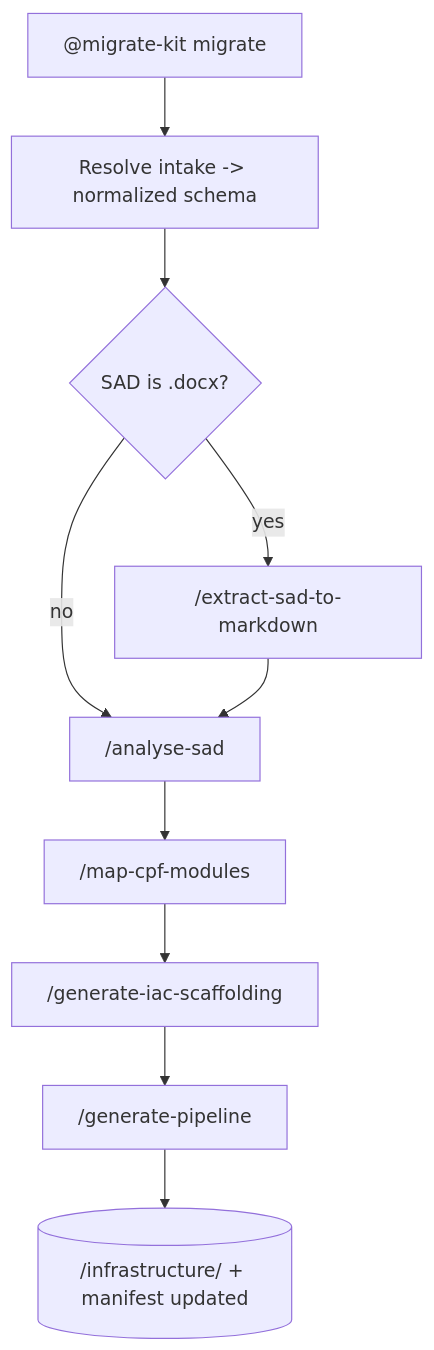
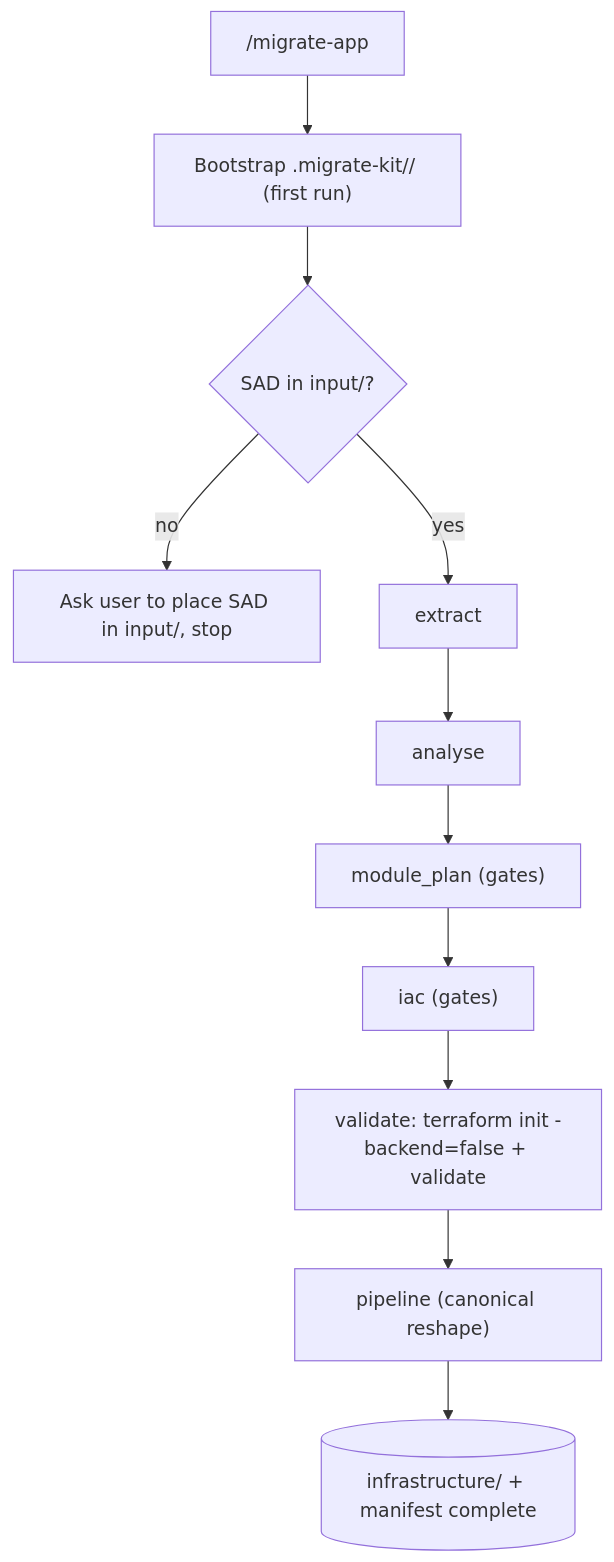
One commit to namannihal/poc changed the diagram in .apm/agents/migrate-kit.agent.md. Above: the diagram before and after it, drawn with Mermaid. The commit also changed other lines of this file and 19 other files, not shown here.

First line of the commit message:
feat(migrate-kit): SAD-only bootstrap workflow via /migrate-app

````diff
--- a/.apm/agents/migrate-kit.agent.md
+++ b/.apm/agents/migrate-kit.agent.md
@@ -98,12 +91,13 @@
 ```mermaid
 flowchart TD
-    S["@migrate-kit migrate <app>"] --> I["Resolve intake -> normalized schema"]
-    I --> X{"SAD is .docx?"}
-    X -->|yes| E["/extract-sad-to-markdown"]
-    X -->|no| A
-    E --> A["/analyse-sad"]
-    A --> M["/map-cpf-modules"]
-    M --> G["/generate-iac-scaffolding"]
-    G --> P["/generate-pipeline"]
-    P --> D[("<app>/infrastructure/ + manifest updated")]
+    B["/migrate-app <app>"] --> S["Bootstrap .migrate-kit/<app-slug>/ (first run)"]
+    S --> Q{"SAD in input/?"}
+    Q -->|no| W["Ask user to place SAD in input/, stop"]
+    Q -->|yes| E["extract"]
+    E --> A["analyse"]
+    A --> M["module_plan (gates)"]
+    M --> I["iac (gates)"]
+    I --> V["validate: terraform init -backend=false + validate"]
+    V --> P["pipeline (canonical reshape)"]
+    P --> D[("infrastructure/ + manifest complete")]
 ```
````
